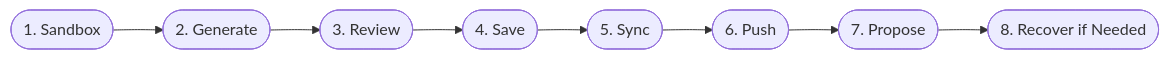
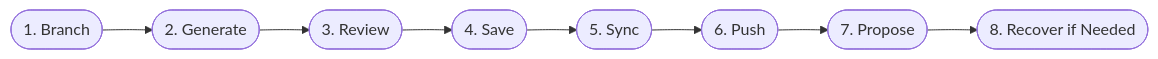
The tenth of 10 diagrams in reference/gitforvibes.md (NeoVand/gitvibes), drawn with Mermaid before and after one commit. The commit also changed other lines of this file and 10 other files, not shown here.

````diff
--- a/reference/gitforvibes.md
+++ b/reference/gitforvibes.md
@@ -799,10 +799,10 @@
 ```mermaid
 graph LR
-    A([1. Sandbox]) --> B([2. Generate])
+    A([1. Branch]) --> B([2. Generate])
     B --> C([3. Review])
     C --> D([4. Save])
     D --> E([5. Sync])
     E --> F([6. Push])
     F --> G([7. Propose])
     G --> H([8. Recover if Needed])
 ```
````
